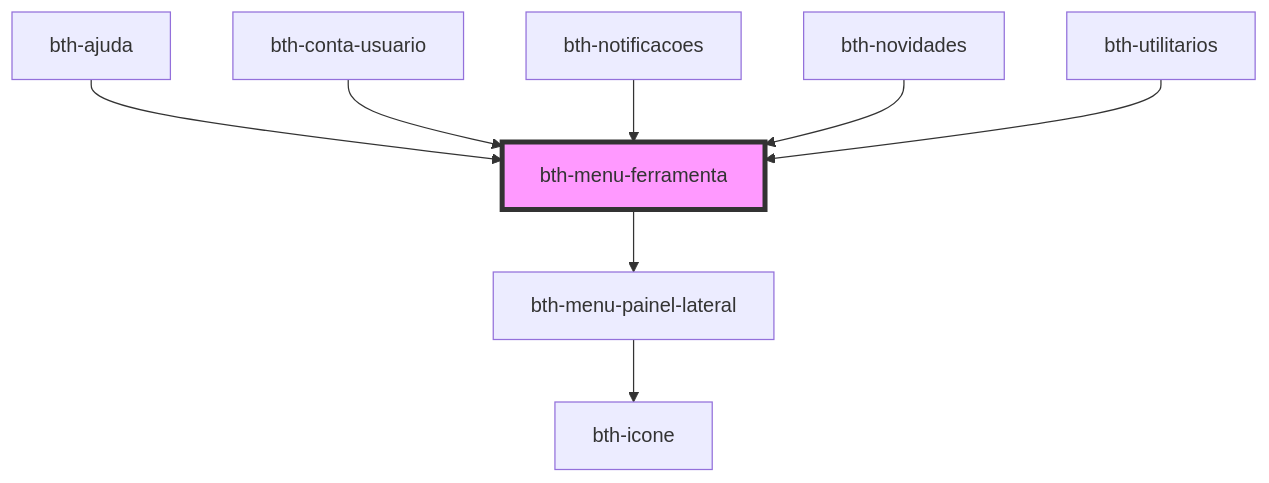
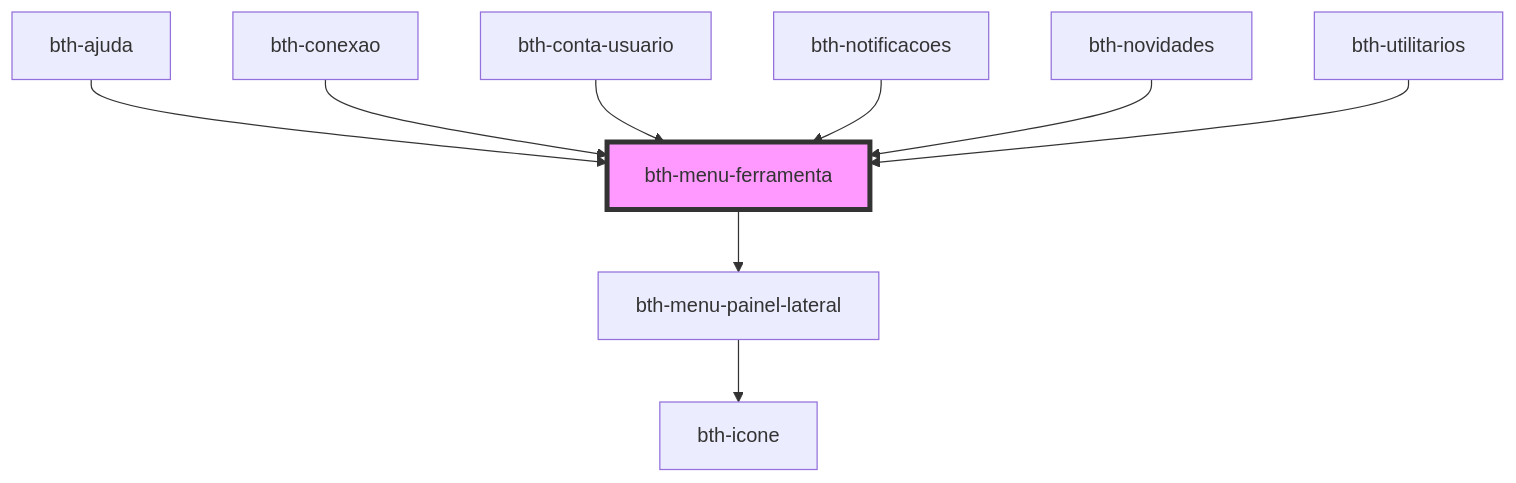
The diagram in src/components/app/menu-ferramenta/readme.md (betha-plataforma/estrutura-componentes), drawn with Mermaid before and after one commit. The commit also changed other lines of this file and 7 other files, not shown here.

````diff
--- a/src/components/app/menu-ferramenta/readme.md
+++ b/src/components/app/menu-ferramenta/readme.md
@@ -118,11 +119,12 @@
 ```mermaid
 graph TD;
   bth-menu-ferramenta --> bth-menu-painel-lateral
   bth-menu-painel-lateral --> bth-icone
   bth-ajuda --> bth-menu-ferramenta
+  bth-conexao --> bth-menu-ferramenta
   bth-conta-usuario --> bth-menu-ferramenta
   bth-notificacoes --> bth-menu-ferramenta
   bth-novidades --> bth-menu-ferramenta
   bth-utilitarios --> bth-menu-ferramenta
   style bth-menu-ferramenta fill:#f9f,stroke:#333,stroke-width:4px
 ```
````
